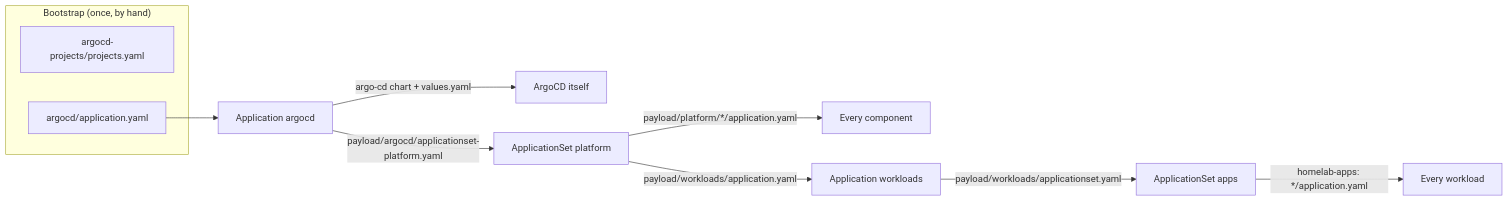
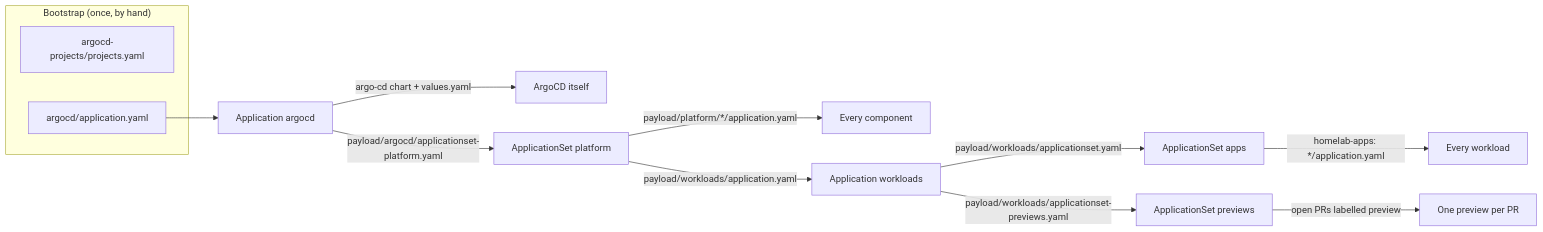
One commit to JanWelker/homelab changed the diagram in docs/architecture/gitops.md. Above: the diagram before and after it, drawn with Mermaid. The commit also changed other lines of this file and 7 other files, not shown here.

First line of the commit message:
feat(argocd): previews ApplicationSet for the wollbi sites (#1100)

````diff
--- a/docs/architecture/gitops.md
+++ b/docs/architecture/gitops.md
@@ -12,15 +12,17 @@
 ```mermaid
 flowchart LR
     subgraph "Bootstrap (once, by hand)"
         PJ[argocd-projects/projects.yaml]
         AA[argocd/application.yaml]
     end
 
     AA --> AR[Application argocd]
     AR --> |"argo-cd chart + values.yaml"| SELF[ArgoCD itself]
     AR --> |"payload/argocd/applicationset-platform.yaml"| AS[ApplicationSet platform]
     AS --> |"payload/platform/*/application.yaml"| INFRA[Every component]
     AS --> |"payload/workloads/application.yaml"| WA[Application workloads]
     WA --> |"payload/workloads/applicationset.yaml"| APPS[ApplicationSet apps]
     APPS --> |"homelab-apps: */application.yaml"| WL[Every workload]
+    WA --> |"payload/workloads/applicationset-previews.yaml"| PV[ApplicationSet previews]
+    PV --> |"open PRs labelled preview"| PR[One preview per PR]
 ```
````
